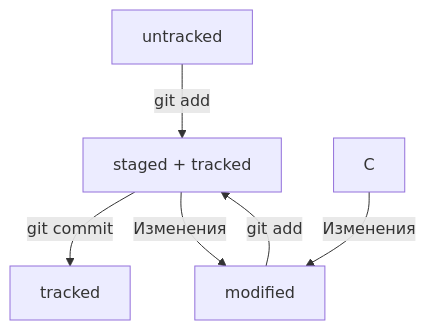
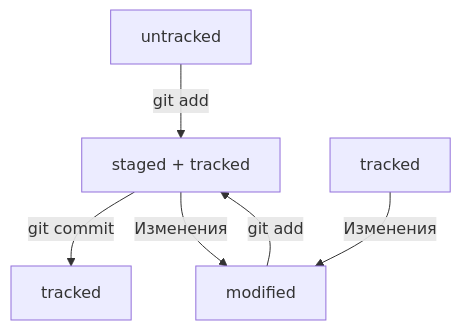
The diagram in README.md (Koopejkin/git-basics), drawn with Mermaid before and after one commit.

Commit message:
Изменить схему6

````diff
--- a/README.md
+++ b/README.md
@@ -19,8 +19,8 @@
 ```mermaid 
  flowchart TD;
  A[untracked] -- git add --> B[staged + tracked];
  B-- git commit --> С[tracked];
  B-- Изменения --> D[modified];
- C-- Изменения --> D[modified];
+ C[tracked]-- Изменения --> D[modified];
  D-- git add --> B[staged + tracked]; 
 ```
````
